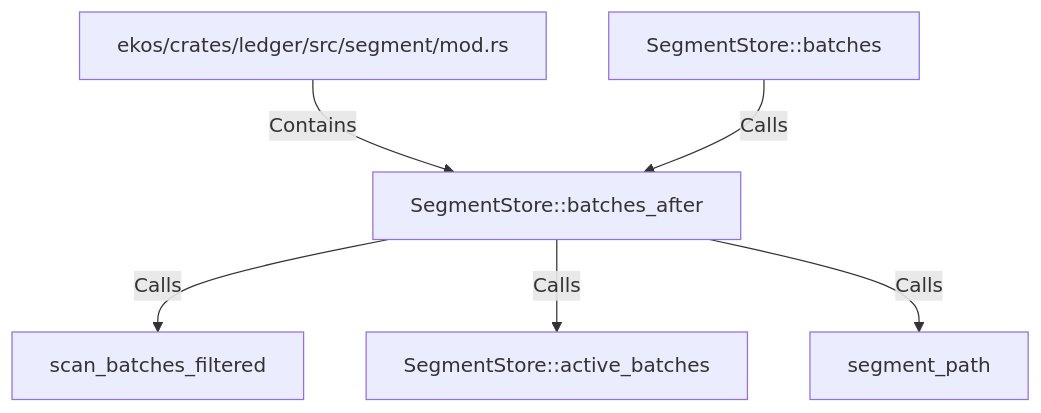
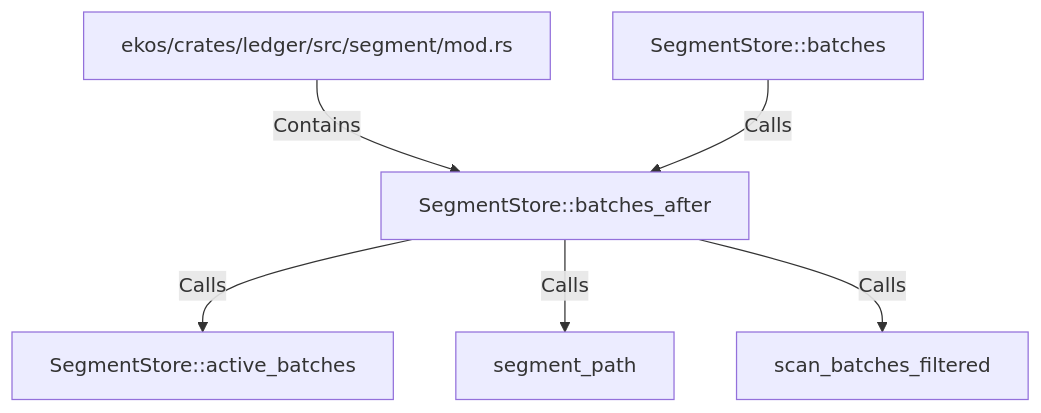
The diagram in doc/entities/rustsymbol/se/segmentstore-batches-after.md (alexeyban/EKOS), drawn with Mermaid before and after one commit. The commit also changed other lines of this file and 552 other files, not shown here.

````diff
--- a/doc/entities/rustsymbol/se/segmentstore-batches-after.md
+++ b/doc/entities/rustsymbol/se/segmentstore-batches-after.md
@@ -24,14 +24,14 @@
 ```mermaid
 graph TD
     necc4c700b5375187a5a9ee023b1d6bf4["SegmentStore::batches_after"]
     n80a64e0ab0ac51dfb3be128cddd1cc83["ekos/crates/ledger/src/segment/mod.rs"]
     n80a64e0ab0ac51dfb3be128cddd1cc83 -->|Contains| necc4c700b5375187a5a9ee023b1d6bf4
     nb9ee061b7f3254249ce5e6bdd92b9a51["SegmentStore::batches"]
     nb9ee061b7f3254249ce5e6bdd92b9a51 -->|Calls| necc4c700b5375187a5a9ee023b1d6bf4
-    ncefece1535d7567a889d48edf2ee6fe1["scan_batches_filtered"]
-    necc4c700b5375187a5a9ee023b1d6bf4 -->|Calls| ncefece1535d7567a889d48edf2ee6fe1
     n4129d5a04d0d52d4a36eea91694c7f1f["SegmentStore::active_batches"]
     necc4c700b5375187a5a9ee023b1d6bf4 -->|Calls| n4129d5a04d0d52d4a36eea91694c7f1f
     na07b97cc69e45c35bedf11119542af72["segment_path"]
     necc4c700b5375187a5a9ee023b1d6bf4 -->|Calls| na07b97cc69e45c35bedf11119542af72
+    ncefece1535d7567a889d48edf2ee6fe1["scan_batches_filtered"]
+    necc4c700b5375187a5a9ee023b1d6bf4 -->|Calls| ncefece1535d7567a889d48edf2ee6fe1
 ```
````
